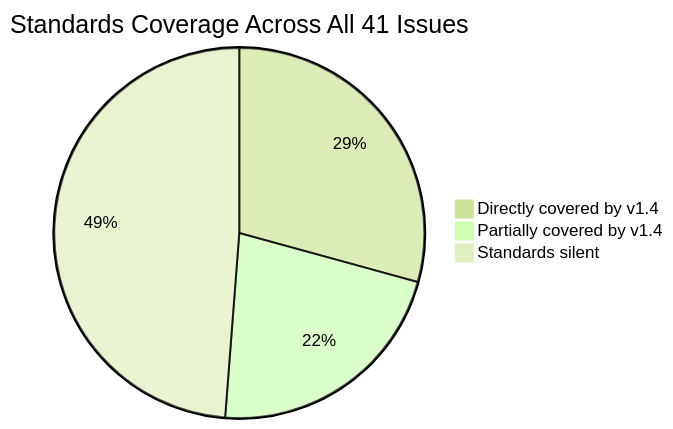
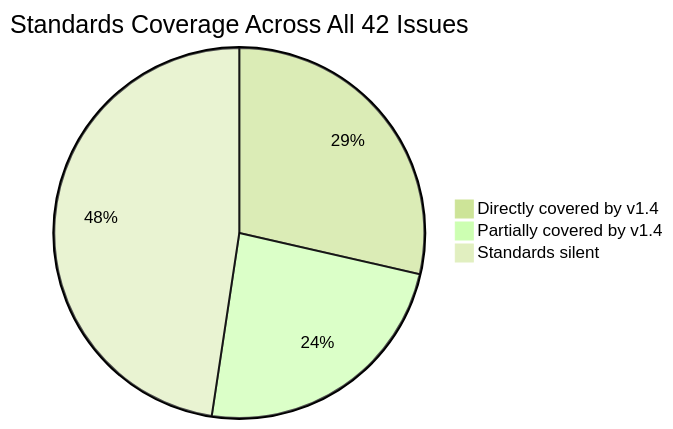
Before and after one commit to meshtastic/design: the second of 4 diagrams in standards/audits/community-alignment-matrix.md, drawn with Mermaid (forest theme). The commit also changed other lines of this file, not shown here.

Commit message:
update matrix: add #100 ([ALIGNMENT] translate this message); link #83 to parent; bump totals to 42 issues

````diff
--- a/standards/audits/community-alignment-matrix.md
+++ b/standards/audits/community-alignment-matrix.md
@@ -40,6 +40,6 @@
 ```mermaid
-pie title Standards Coverage Across All 41 Issues
+pie title Standards Coverage Across All 42 Issues
     "Directly covered by v1.4" : 12
-    "Partially covered by v1.4" : 9
+    "Partially covered by v1.4" : 10
     "Standards silent" : 20
 ```
````
